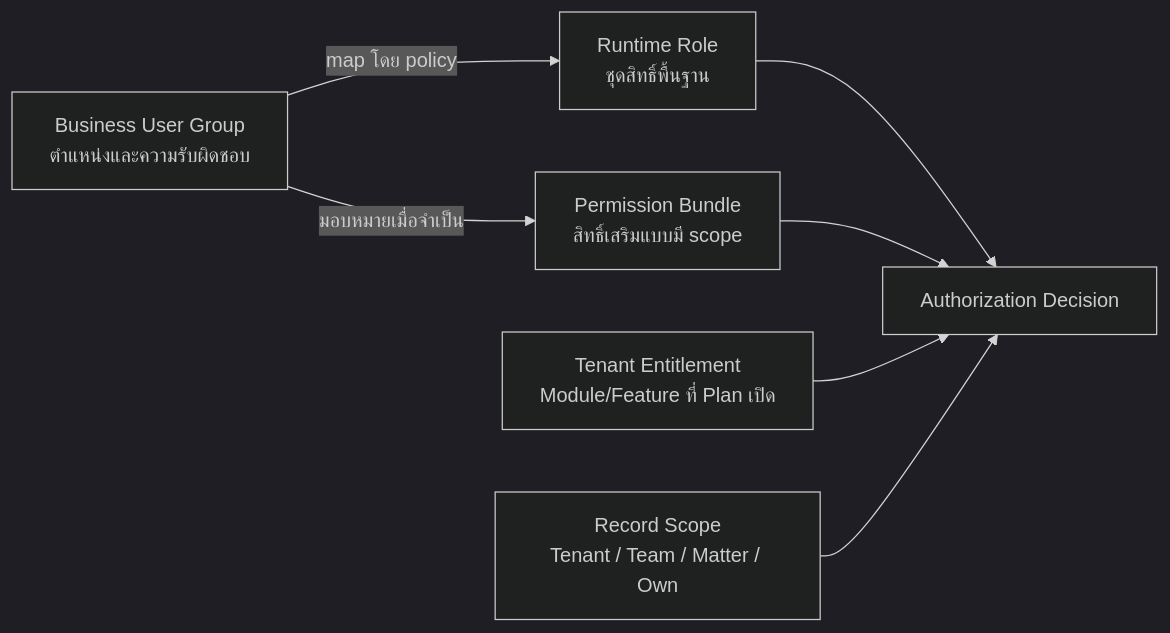
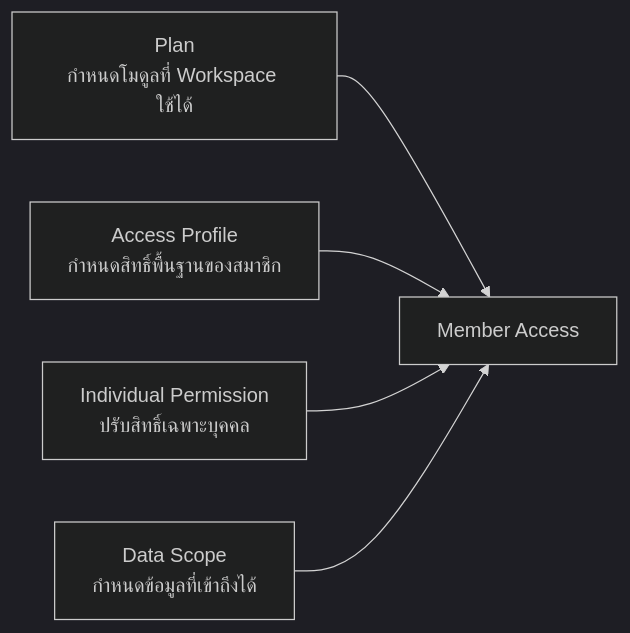
The diagram in docs/app/docs/roles/page.mdx (yukasung/legal_erp_docs), drawn with Mermaid (dark theme) before and after one commit. The commit also changed other lines of this file and 3 other files, not shown here.

Commit message:
Align roles documentation with plan access

````diff
--- a/docs/app/docs/roles/page.mdx
+++ b/docs/app/docs/roles/page.mdx
@@ -9,16 +8,13 @@
 ```mermaid
 flowchart LR
-  Group["Business User Group<br/>ตำแหน่งและความรับผิดชอบ"]
-  Role["Runtime Role<br/>ชุดสิทธิ์พื้นฐาน"]
-  Bundle["Permission Bundle<br/>สิทธิ์เสริมแบบมี scope"]
-  Entitlement["Tenant Entitlement<br/>Module/Feature ที่ Plan เปิด"]
-  Scope["Record Scope<br/>Tenant / Team / Matter / Own"]
-  Decision["Authorization Decision"]
+  Plan["Plan<br/>กำหนดโมดูลที่ Workspace ใช้ได้"]
+  Profile["Access Profile<br/>กำหนดสิทธิ์พื้นฐานของสมาชิก"]
+  Permission["Individual Permission<br/>ปรับสิทธิ์เฉพาะบุคคล"]
+  Scope["Data Scope<br/>กำหนดข้อมูลที่เข้าถึงได้"]
+  Access["Member Access"]
 
-  Group -->|"map โดย policy"| Role
-  Group -->|"มอบหมายเมื่อจำเป็น"| Bundle
-  Role --> Decision
-  Bundle --> Decision
-  Entitlement --> Decision
-  Scope --> Decision
+  Plan --> Access
+  Profile --> Access
+  Permission --> Access
+  Scope --> Access
 ```
````
